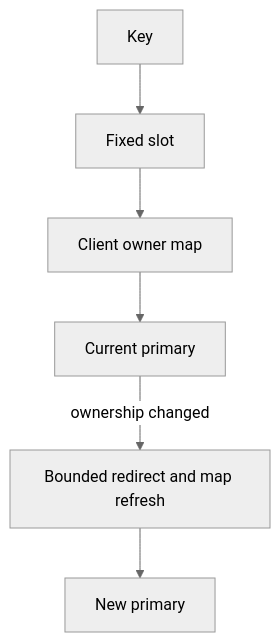
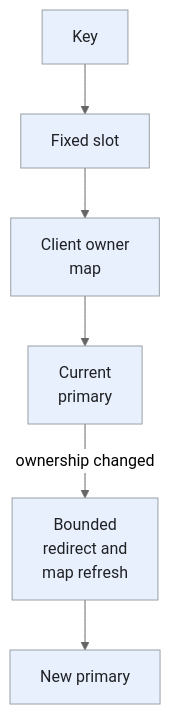
One commit to iliazlobin/iliazlobin.github.io changed the fourth of 6 diagrams in _designs/system-design-distributed-cache.md. Above: the diagram before and after it, drawn with Mermaid (neutral theme). The commit also changed other lines of this file and 131 other files, not shown here.

````diff
--- a/_designs/system-design-distributed-cache.md
+++ b/_designs/system-design-distributed-cache.md
@@ -167,8 +243,12 @@
 ```mermaid
 flowchart TB
     K["Key"] --> H["Fixed slot"]
-    H --> M["Client owner map"]
-    M --> P["Current primary"]
-    P -->|ownership changed| R["Bounded redirect and map refresh"]
+    H --> M["Client owner<br>map"]
+    M --> P["Current<br>primary"]
+    P -->|ownership changed| R["Bounded<br>redirect and<br>map refresh"]
     R --> N["New primary"]
+  classDef request fill:#e8f0fe,stroke:#9aa0a6,color:#202124,stroke-width:1px
+  classDef background fill:#e6f4ea,stroke:#9aa0a6,color:#202124,stroke-width:1px
+  classDef control fill:#fef7e0,stroke:#9aa0a6,color:#202124,stroke-width:1px
+  class K,H,M,P,R,N request
 ```
````
